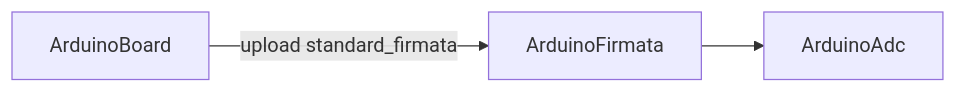
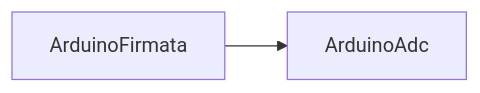
The diagram in Docs/Components/ArduinoFirmata.md (aicommunity/Rdk-HardwareLib), drawn with Mermaid before and after one commit. The commit also changed other lines of this file and 12 other files, not shown here.

First line of the commit message:
docs(hardware): update Architecture, API, GUI, and component guides

````diff
--- a/Docs/Components/ArduinoFirmata.md
+++ b/Docs/Components/ArduinoFirmata.md
@@ -28,8 +32,6 @@
 ```mermaid
 flowchart LR
-  Board[ArduinoBoard]
   Firmata[ArduinoFirmata]
   Adc[ArduinoAdc]
-  Board -->|upload standard_firmata| Firmata
   Firmata --> Adc
 ```
````
